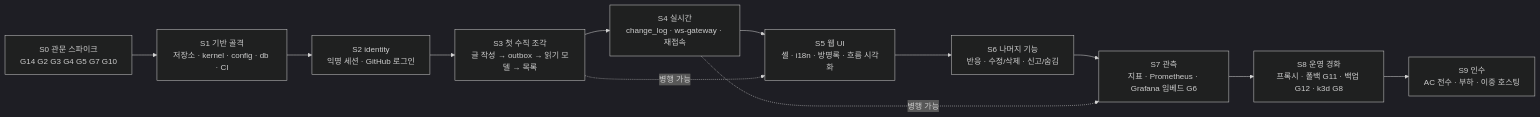
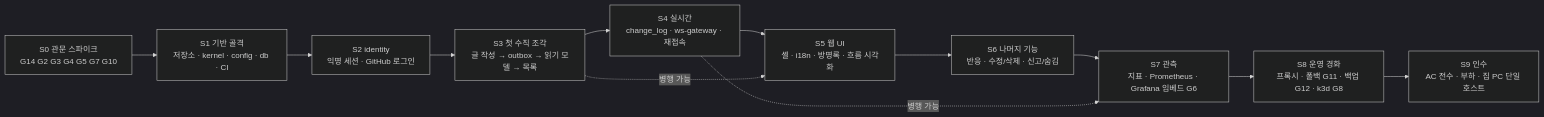
Before and after one commit to 1985jwlee/portpolio_backend: the first of 3 diagrams in docs/design/11-implementation-plan.md, drawn with Mermaid (dark theme). The commit also changed other lines of this file and 27 other files, not shown here.

````diff
--- a/docs/design/11-implementation-plan.md
+++ b/docs/design/11-implementation-plan.md
@@ -21,16 +21,16 @@
 ```mermaid
 flowchart LR
     S0["S0 관문 스파이크<br/>G14 G2 G3 G4 G5 G7 G10"]
     S1["S1 기반 골격<br/>저장소 · kernel · config · db · CI"]
     S2["S2 identity<br/>익명 세션 · GitHub 로그인"]
     S3["S3 첫 수직 조각<br/>글 작성 → outbox → 읽기 모델 → 목록"]
     S4["S4 실시간<br/>change_log · ws-gateway · 재접속"]
     S5["S5 웹 UI<br/>셸 · i18n · 방명록 · 흐름 시각화"]
     S6["S6 나머지 기능<br/>반응 · 수정/삭제 · 신고/숨김"]
     S7["S7 관측<br/>지표 · Prometheus · Grafana 임베드 G6"]
     S8["S8 운영 경화<br/>프록시 · 폴백 G11 · 백업 G12 · k3d G8"]
-    S9["S9 인수<br/>AC 전수 · 부하 · 이중 호스팅"]
+    S9["S9 인수<br/>AC 전수 · 부하 · 집 PC 단일 호스트"]
     S0 --> S1 --> S2 --> S3 --> S4 --> S5 --> S6 --> S7 --> S8 --> S9
     S3 -.->|"병행 가능"| S5
     S4 -.->|"병행 가능"| S7
 ```
````
